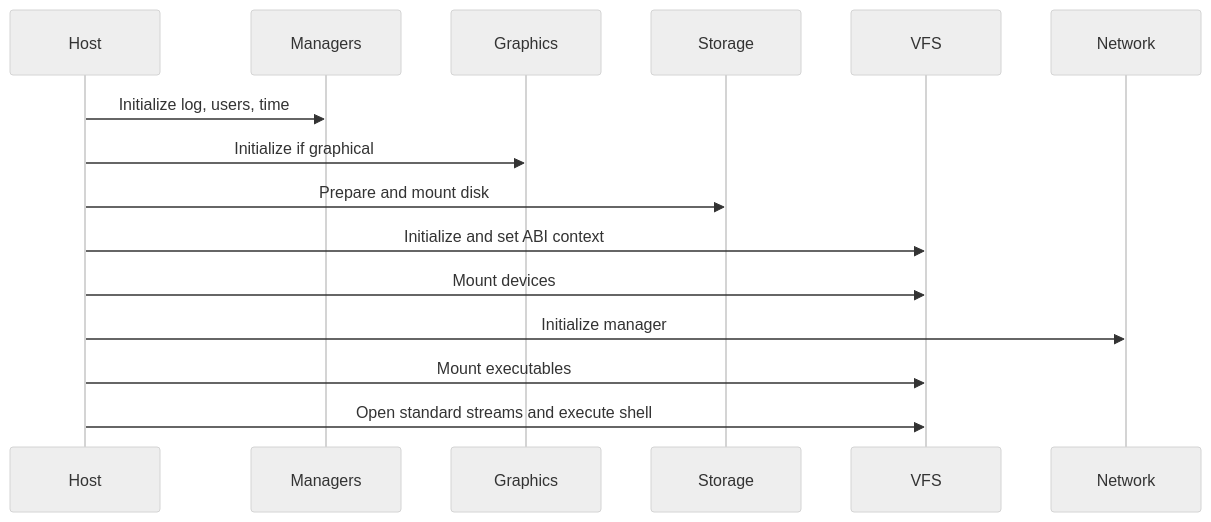
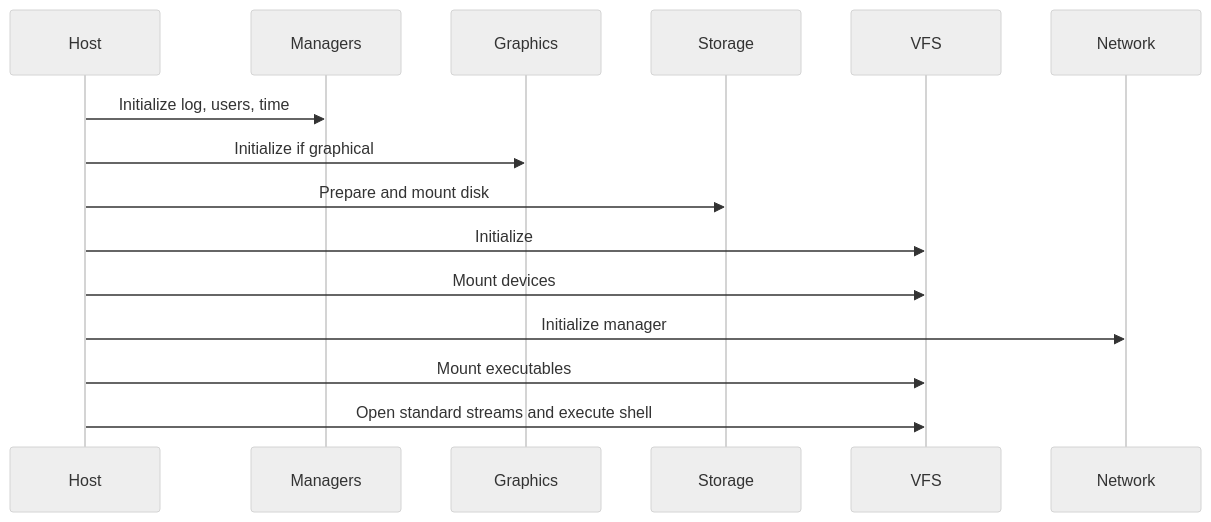
The diagram in src/content/docs/how-to/integrate-host.mdx (xila-project/website), drawn with Mermaid (neutral theme) before and after one commit. The commit also changed other lines of this file and 5 other files, not shown here.

````diff
--- a/src/content/docs/how-to/integrate-host.mdx
+++ b/src/content/docs/how-to/integrate-host.mdx
@@ -27,17 +27,17 @@
 ```mermaid
 sequenceDiagram
     participant Host
     participant Managers
     participant Graphics
     participant Storage
     participant VFS
     participant Network
     Host->>Managers: Initialize log, users, time
     Host->>Graphics: Initialize if graphical
     Host->>Storage: Prepare and mount disk
-    Host->>VFS: Initialize and set ABI context
+    Host->>VFS: Initialize
     Host->>VFS: Mount devices
     Host->>Network: Initialize manager
     Host->>VFS: Mount executables
     Host->>VFS: Open standard streams and execute shell
 ```
````
